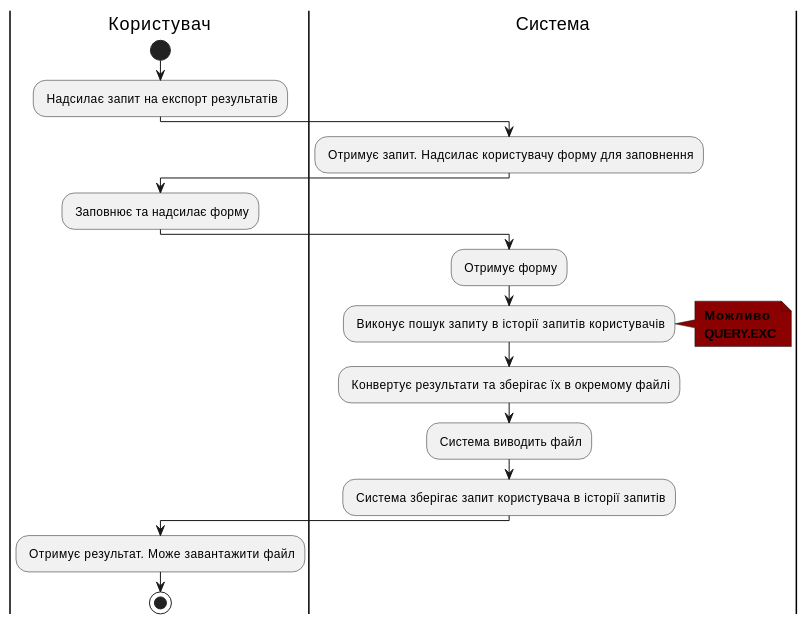
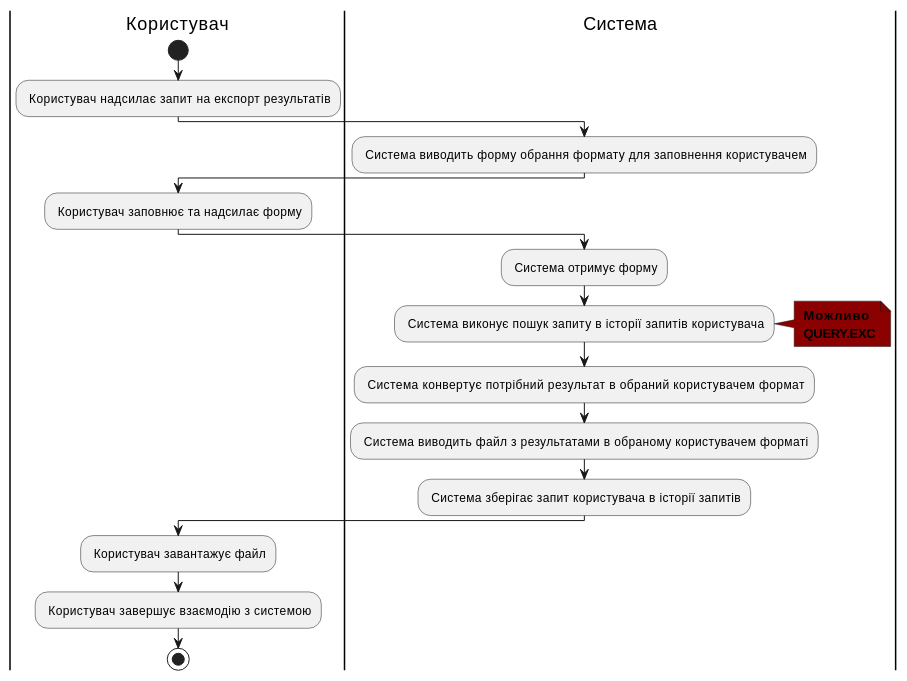
Before and after one commit to Stik27/content_analysis_project: the fourth of 5 diagrams in docs/use cases/README.md, drawn with PlantUML. The commit also changed other lines of this file, not shown here.

```diff
--- a/docs/use cases/README.md
+++ b/docs/use cases/README.md
@@ -118,23 +115,24 @@
 @startuml
 
         |Користувач|
             start
-            : Надсилає запит на експорт результатів;
+            : Користувач надсилає запит на експорт результатів;
         |Система|
-            : Отримує запит. Надсилає користувачу форму для заповнення;
+            : Система виводить форму обрання формату для заповнення користувачем;
         |Користувач|
-            : Заповнює та надсилає форму;
+            : Користувач заповнює та надсилає форму;
         |Система|  
-            : Отримує форму;
-            : Виконує пошук запиту в історії запитів користувачів;
+            : Система отримує форму;
+            : Система виконує пошук запиту в історії запитів користувача;
             note right #8B0000
             <b> Можливо
             <b> QUERY.EXC
             end note
-            : Конвертує результати та зберігає їх в окремому файлі;
-            : Система виводить файл;
+            : Система конвертує потрібний результат в обраний користувачем формат;
+            : Система виводить файл з результатами в обраному користувачем форматі;
             : Система зберігає запит користувача в історії запитів;
         |Користувач|
-            : Отримує результат. Може завантажити файл;
+            : Користувач завантажує файл;
+            : Користувач завершує взаємодію з системою;
             stop;
 @enduml
```
